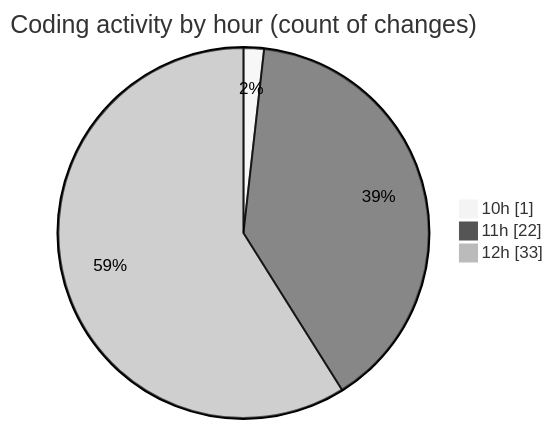
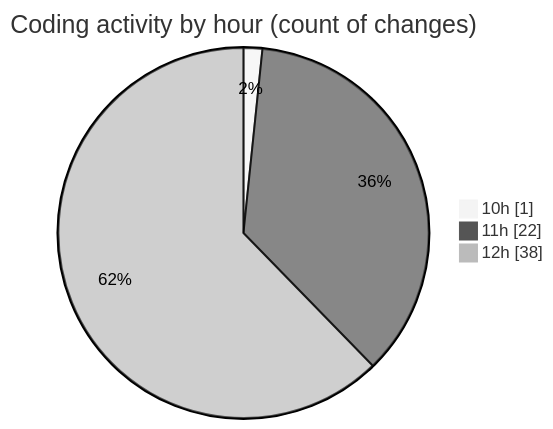
The second of 2 diagrams in 2025-07-27/nxtqube_webapp/README.md (nxtqubesakshisongat/code-tracking), drawn with Mermaid (neutral theme) before and after one commit. The commit also changed other lines of this file and 1 other file, not shown here.

````diff
--- a/2025-07-27/nxtqube_webapp/README.md
+++ b/2025-07-27/nxtqube_webapp/README.md
@@ -33,7 +33,7 @@
 ```mermaid
 pie showData
 title Coding activity by hour (count of changes)
 "10h" : 1
 "11h" : 22
-"12h" : 33
+"12h" : 38
 ```
````
